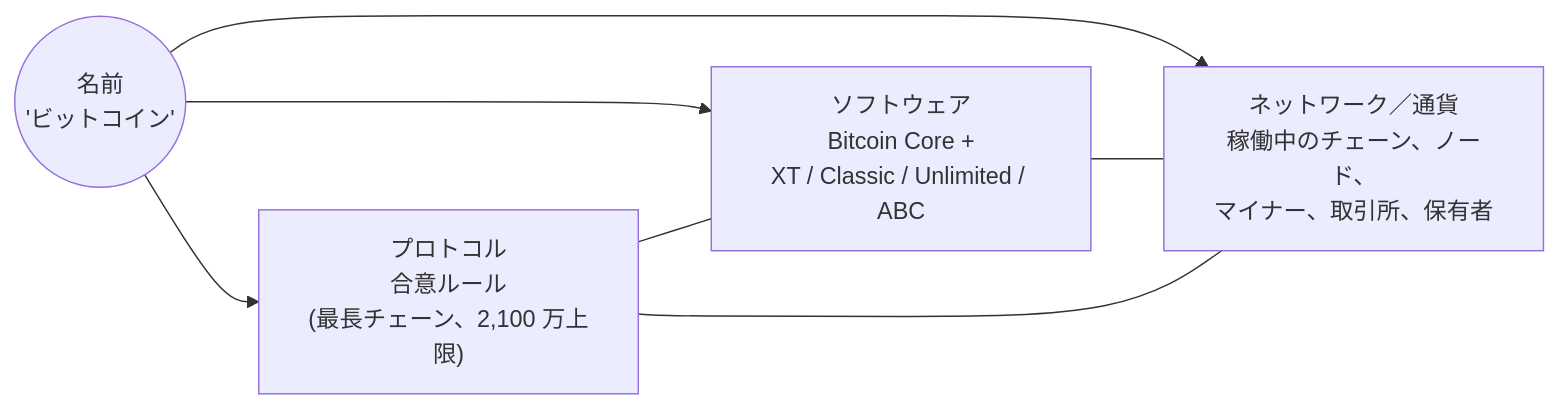
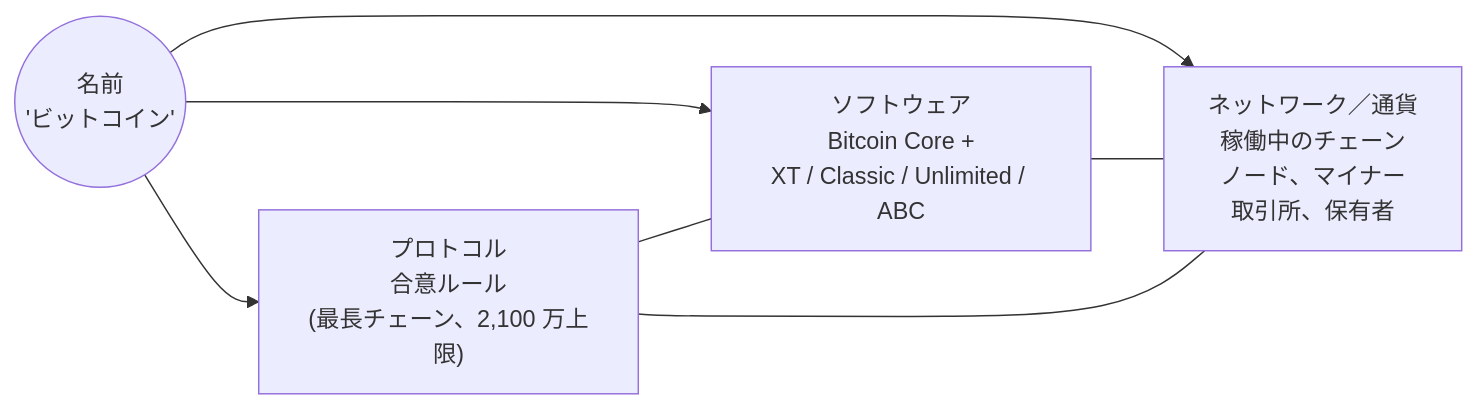
Before and after one commit to cypher256/BitcoinArchive: the second of 2 diagrams in src/data/translations/ja/analysis/2015-08-15-bitcoin-fork-wars-as-not-oss.md, drawn with Mermaid. The commit also changed other lines of this file and 1 other file, not shown here.

Commit message:
mermaid JA wrap: shorten 3 over-12-zenkaku labels in f94f866c diagrams
The new mermaid diagrams added in f94f866c contain three JA labels that
exceed the 12-zenkaku wrap threshold. check-mermaid-ja-wrap.mjs flags
them; the wrap fails differently per diagram type, so the fix differs
per case:

- overflow gantt task "不正トランザクションのブロードキャスト" (19) ->
  "不正TX ブロードキャスト" (token: 不正TX / ブロードキャスト).
  Gantt task names cannot host <br/>; ASCII-space token break is the
  only mermaid-honored wrap mechanism.
- fork-wars gantt task "ヴラジミル・ファン・デル・ラーン 保守者交代"
  shortened to "ファン・デル・ラーン 保守者交代" — surname-only matches
  the existing convention in the same diagram (アンドレセン / サトシ).
- fork-wars flowchart label "稼働中のチェーン、ノード、" — split with
  <br/> across three lines (稼働中のチェーン / ノード、マイナー /
  取引所、保有者), each under the threshold.

Restores npm run check to green.

````diff
--- a/src/data/translations/ja/analysis/2015-08-15-bitcoin-fork-wars-as-not-oss.md
+++ b/src/data/translations/ja/analysis/2015-08-15-bitcoin-fork-wars-as-not-oss.md
@@ -138,13 +138,13 @@
 ```mermaid
 flowchart LR
   N(("名前<br/>'ビットコイン'"))
   P["プロトコル<br/>合意ルール<br/>(最長チェーン、2,100 万上限)"]
   S["ソフトウェア<br/>Bitcoin Core +<br/>XT / Classic / Unlimited / ABC"]
-  C["ネットワーク／通貨<br/>稼働中のチェーン、ノード、<br/>マイナー、取引所、保有者"]
+  C["ネットワーク／通貨<br/>稼働中のチェーン<br/>ノード、マイナー<br/>取引所、保有者"]
   N --> P
   N --> S
   N --> C
   P --- S
   S --- C
   P --- C
 ```
````
